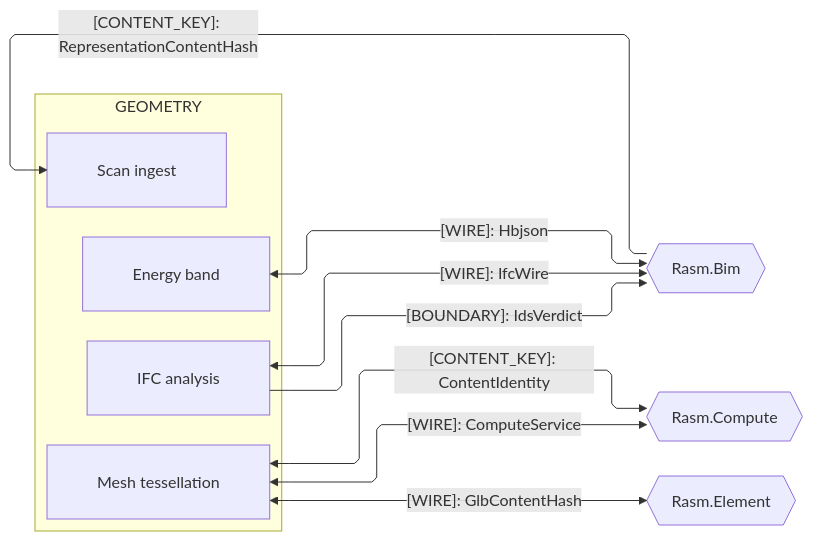
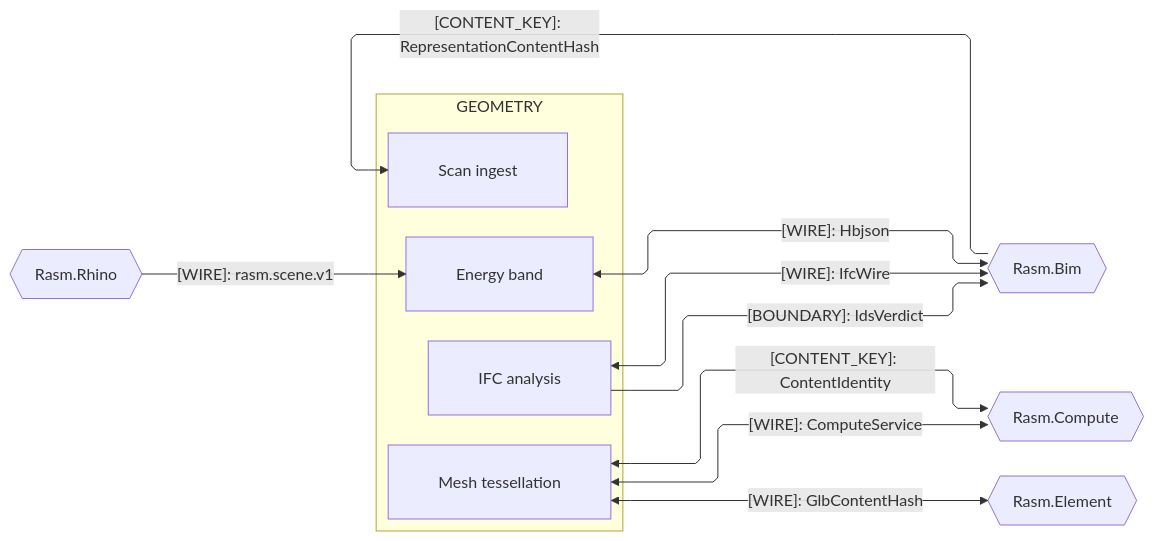
One commit to bsamiee/Rasm changed the second of 3 diagrams in libs/python/geometry/ARCHITECTURE.md. Above: the diagram before and after it, drawn with Mermaid. The commit also changed other lines of this file and 18 other files, not shown here.

````diff
--- a/libs/python/geometry/ARCHITECTURE.md
+++ b/libs/python/geometry/ARCHITECTURE.md
@@ -88,28 +88,30 @@
 ```mermaid
 ---
 config:
   layout: elk
   flowchart:
     curve: linear
     padding: 25
 ---
 flowchart LR
     accTitle: Geometry cross-runtime C# peer seams
-    accDescr: Geometry sub-domain owners exchanging tessellation wires, content keys, IFC crossings, and validation evidence with the C# peers.
+    accDescr: Geometry sub-domain owners exchanging tessellation wires, content keys, IFC crossings, captured-scene descriptors, and validation evidence with the C# peers.
     subgraph geometry[GEOMETRY]
         Mesh[Mesh tessellation]
         Ifc[IFC analysis]
         Scan[Scan ingest]
         Energy[Energy band]
     end
     Bim{{Rasm.Bim}}
     Compute{{Rasm.Compute}}
     Element{{Rasm.Element}}
+    Rhino{{Rasm.Rhino}}
     Mesh e1@<-->|"[WIRE]: ComputeService"| Compute
     Mesh e2@<-->|"[CONTENT_KEY]: ContentIdentity"| Compute
     Mesh e3@<-->|"[WIRE]: GlbContentHash"| Element
     Ifc e4@<-->|"[WIRE]: IfcWire"| Bim
     Ifc e5@-->|"[BOUNDARY]: IdsVerdict"| Bim
     Bim e6@-->|"[CONTENT_KEY]: RepresentationContentHash"| Scan
     Energy e7@<-->|"[WIRE]: Hbjson"| Bim
+    Rhino e8@-->|"[WIRE]: rasm.scene.v1"| Energy
 ```
````
